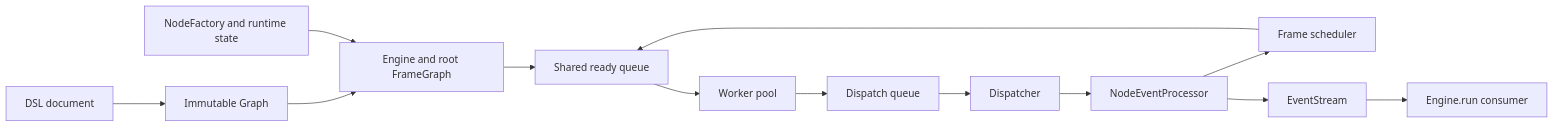
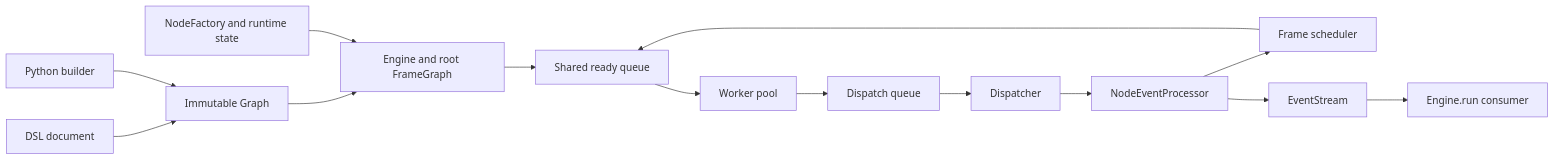
One commit to langgenius/graphon changed the diagram in ARCHITECTURE.md. Above: the diagram before and after it, drawn with Mermaid. The commit also changed other lines of this file and 17 other files, not shown here.

````diff
--- a/ARCHITECTURE.md
+++ b/ARCHITECTURE.md
@@ -60,15 +61,16 @@
 ```mermaid
 flowchart LR
     DSL[DSL document] --> Graph[Immutable Graph]
+    Python[Python builder] --> Graph
     Graph --> Engine[Engine and root FrameGraph]
     Host[NodeFactory and runtime state] --> Engine
     Engine --> Ready[Shared ready queue]
     Ready --> Workers[Worker pool]
     Workers --> Dispatch[Dispatch queue]
     Dispatch --> Dispatcher[Dispatcher]
     Dispatcher --> Processor[NodeEventProcessor]
     Processor --> Scheduler[Frame scheduler]
     Scheduler --> Ready
     Processor --> Stream[EventStream]
     Stream --> Consumer[Engine.run consumer]
 ```
````
